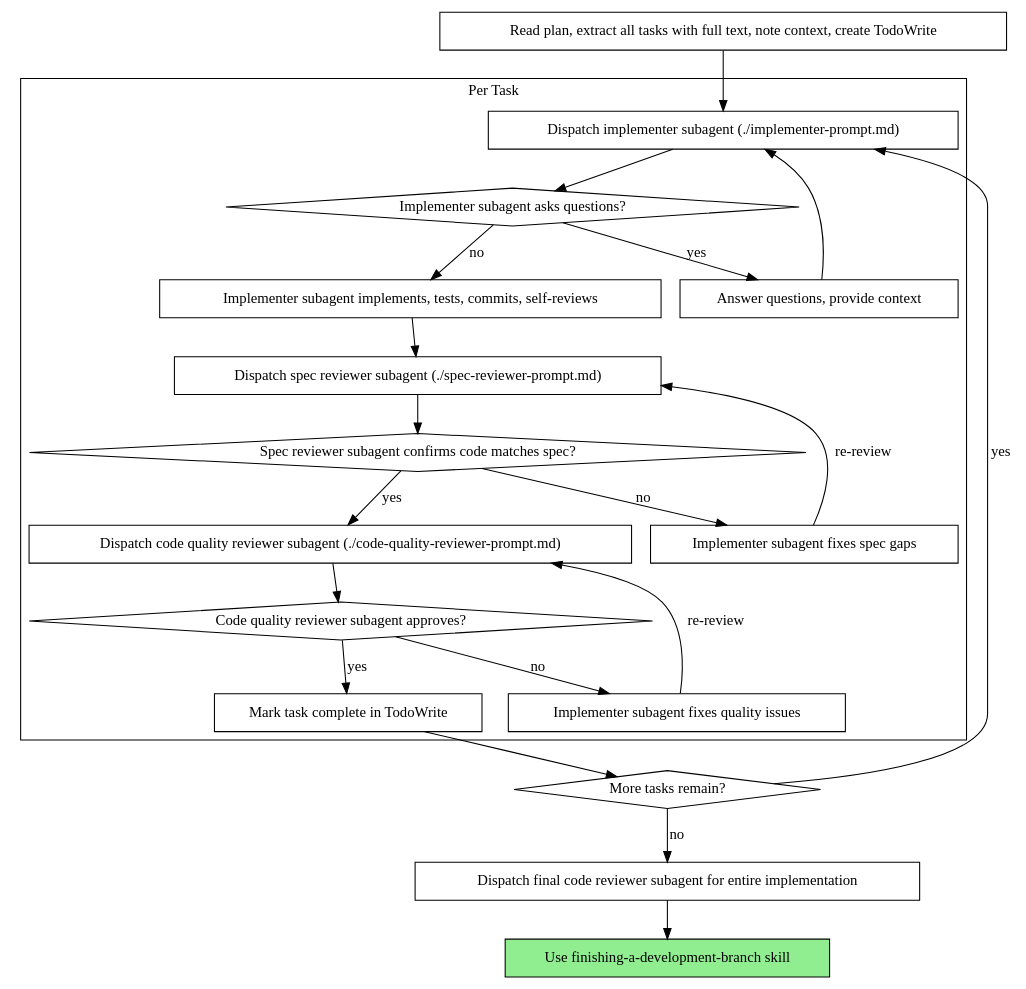
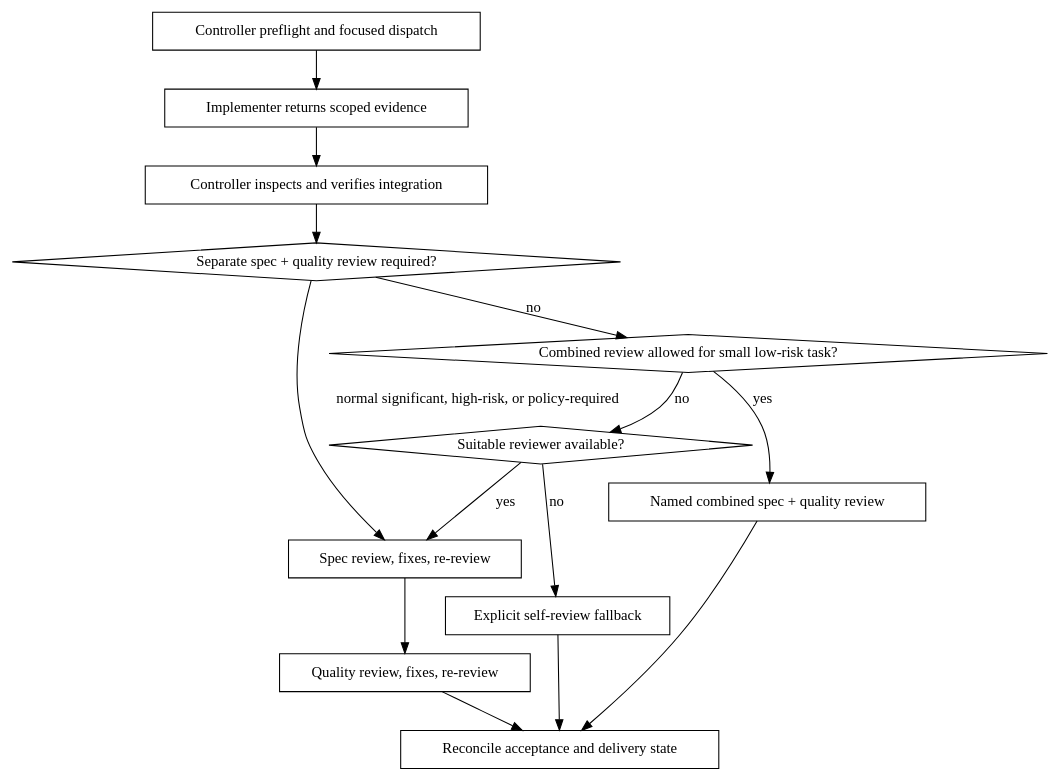
Before and after one commit to GaoFei2025-0314/devflow: the second of 2 diagrams in skills/subagent-driven-development/SKILL.md, drawn with Graphviz. The commit also changed other lines of this file and 3 other files, not shown here.

````diff
--- a/skills/subagent-driven-development/SKILL.md
+++ b/skills/subagent-driven-development/SKILL.md
@@ -44,44 +115,30 @@
 ```dot
-digraph process {
+digraph per_task {
     rankdir=TB;
+    "Controller preflight and focused dispatch" [shape=box];
+    "Implementer returns scoped evidence" [shape=box];
+    "Controller inspects and verifies integration" [shape=box];
+    "Separate spec + quality review required?" [shape=diamond];
+    "Spec review, fixes, re-review" [shape=box];
+    "Quality review, fixes, re-review" [shape=box];
+    "Combined review allowed for small low-risk task?" [shape=diamond];
+    "Named combined spec + quality review" [shape=box];
+    "Suitable reviewer available?" [shape=diamond];
+    "Explicit self-review fallback" [shape=box];
+    "Reconcile acceptance and delivery state" [shape=box];
 
-    subgraph cluster_per_task {
-        label="Per Task";
-        "Dispatch implementer subagent (./implementer-prompt.md)" [shape=box];
-        "Implementer subagent asks questions?" [shape=diamond];
-        "Answer questions, provide context" [shape=box];
-        "Implementer subagent implements, tests, commits, self-reviews" [shape=box];
-        "Dispatch spec reviewer subagent (./spec-reviewer-prompt.md)" [shape=box];
-        "Spec reviewer subagent confirms code matches spec?" [shape=diamond];
-        "Implementer subagent fixes spec gaps" [shape=box];
-        "Dispatch code quality reviewer subagent (./code-quality-reviewer-prompt.md)" [shape=box];
-        "Code quality reviewer subagent approves?" [shape=diamond];
-        "Implementer subagent fixes quality issues" [shape=box];
-        "Mark task complete in TodoWrite" [shape=box];
-    }
-
-    "Read plan, extract all tasks with full text, note context, create TodoWrite" [shape=box];
-    "More tasks remain?" [shape=diamond];
-    "Dispatch final code reviewer subagent for entire implementation" [shape=box];
-    "Use finishing-a-development-branch skill" [shape=box style=filled fillcolor=lightgreen];
-
-    "Read plan, extract all tasks with full text, note context, create TodoWrite" -> "Dispatch implementer subagent (./implementer-prompt.md)";
-    "Dispatch implementer subagent (./implementer-prompt.md)" -> "Implementer subagent asks questions?";
-    "Implementer subagent asks questions?" -> "Answer questions, provide context" [label="yes"];
-    "Answer questions, provide context" -> "Dispatch implementer subagent (./implementer-prompt.md)";
-    "Implementer subagent asks questions?" -> "Implementer subagent implements, tests, commits, self-reviews" [label="no"];
-    "Implementer subagent implements, tests, commits, self-reviews" -> "Dispatch spec reviewer subagent (./spec-reviewer-prompt.md)";
-    "Dispatch spec reviewer subagent (./spec-reviewer-prompt.md)" -> "Spec reviewer subagent confirms code matches spec?";
-    "Spec reviewer subagent confirms code matches spec?" -> "Implementer subagent fixes spec gaps" [label="no"];
-    "Implementer subagent fixes spec gaps" -> "Dispatch spec reviewer subagent (./spec-reviewer-prompt.md)" [label="re-review"];
-    "Spec reviewer subagent confirms code matches spec?" -> "Dispatch code quality reviewer subagent (./code-quality-reviewer-prompt.md)" [label="yes"];
-    "Dispatch code quality reviewer subagent (./code-quality-reviewer-prompt.md)" -> "Code quality reviewer subagent approves?";
-    "Code quality reviewer subagent approves?" -> "Implementer subagent fixes quality issues" [label="no"];
-    "Implementer subagent fixes quality issues" -> "Dispatch code quality reviewer subagent (./code-quality-reviewer-prompt.md)" [label="re-review"];
-    "Code quality reviewer subagent approves?" -> "Mark task complete in TodoWrite" [label="yes"];
-    "Mark task complete in TodoWrite" -> "More tasks remain?";
-    "More tasks remain?" -> "Dispatch implementer subagent (./implementer-prompt.md)" [label="yes"];
-    "More tasks remain?" -> "Dispatch final code reviewer subagent for entire implementation" [label="no"];
-    "Dispatch final code reviewer subagent for entire implementation" -> "Use finishing-a-development-branch skill";
+    "Controller preflight and focused dispatch" -> "Implementer returns scoped evidence";
+    "Implementer returns scoped evidence" -> "Controller inspects and verifies integration";
+    "Controller inspects and verifies integration" -> "Separate spec + quality review required?";
+    "Separate spec + quality review required?" -> "Spec review, fixes, re-review" [label="normal significant, high-risk, or policy-required"];
+    "Spec review, fixes, re-review" -> "Quality review, fixes, re-review";
+    "Quality review, fixes, re-review" -> "Reconcile acceptance and delivery state";
+    "Separate spec + quality review required?" -> "Combined review allowed for small low-risk task?" [label="no"];
+    "Combined review allowed for small low-risk task?" -> "Named combined spec + quality review" [label="yes"];
+    "Combined review allowed for small low-risk task?" -> "Suitable reviewer available?" [label="no"];
+    "Suitable reviewer available?" -> "Spec review, fixes, re-review" [label="yes"];
+    "Suitable reviewer available?" -> "Explicit self-review fallback" [label="no"];
+    "Named combined spec + quality review" -> "Reconcile acceptance and delivery state";
+    "Explicit self-review fallback" -> "Reconcile acceptance and delivery state";
 }
 ```
````
